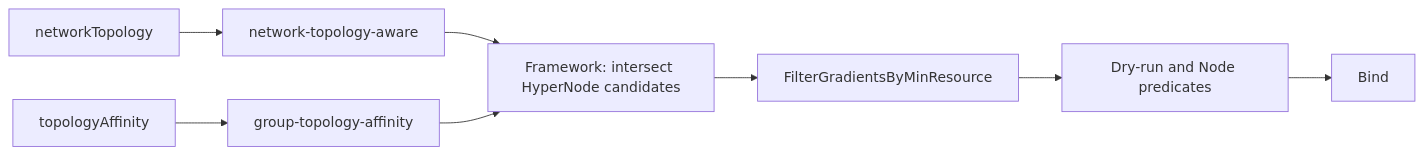
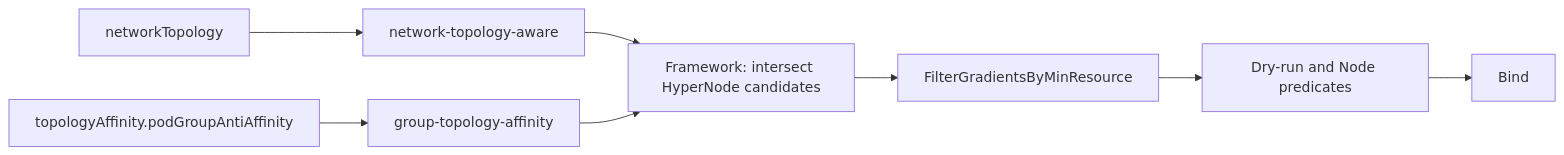
One commit to volcano-sh/volcano changed the first of 4 diagrams in docs/design/group-topology-affinity.md. Above: the diagram before and after it, drawn with Mermaid. The commit also changed other lines of this file and 34 other files, not shown here.

First line of the commit message:
perf(scheduler): optimize and harden podgroup topology affinity

````diff
--- a/docs/design/group-topology-affinity.md
+++ b/docs/design/group-topology-affinity.md
@@ -71,10 +79,10 @@
 ```mermaid
 flowchart LR
     NT["networkTopology"] --> NTA["network-topology-aware"]
-    TA["topologyAffinity"] --> GTA["group-topology-affinity"]
+    TA["topologyAffinity.podGroupAntiAffinity"] --> GTA["group-topology-affinity"]
     NTA --> FW["Framework: intersect HyperNode candidates"]
     GTA --> FW
     FW --> RF["FilterGradientsByMinResource"]
     RF --> DR["Dry-run and Node predicates"]
     DR --> B["Bind"]
 ```
````
